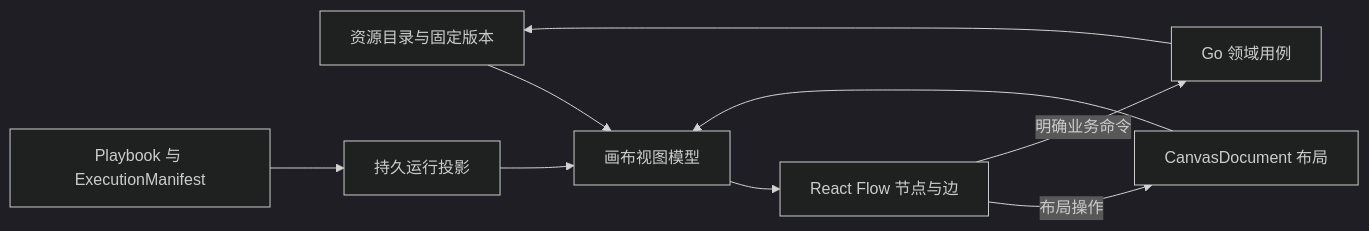
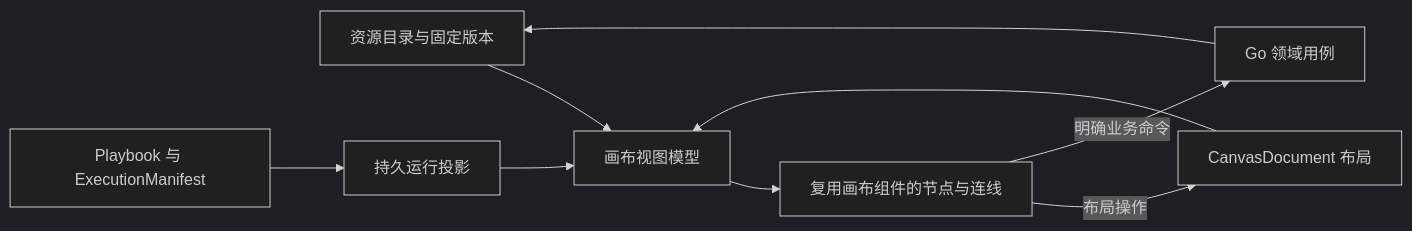
One commit to StephenQiu30/lanverse changed the second of 2 diagrams in docs/design/1003-多媒体创作画布与运行可视化设计.md. Above: the diagram before and after it, drawn with Mermaid (dark theme). The commit also changed other lines of this file and 3 other files, not shown here.

````diff
--- a/docs/design/1003-多媒体创作画布与运行可视化设计.md
+++ b/docs/design/1003-多媒体创作画布与运行可视化设计.md
@@ -34,11 +161,11 @@
 ```mermaid
 flowchart LR
   R[资源目录与固定版本] --> V[画布视图模型]
   C[CanvasDocument 布局] --> V
   M[Playbook 与 ExecutionManifest] --> P[持久运行投影]
   P --> V
-  V --> N[React Flow 节点与边]
+  V --> N[复用画布组件的节点与连线]
   N -->|布局操作| C
   N -->|明确业务命令| B[Go 领域用例]
   B --> R
 ```
````
